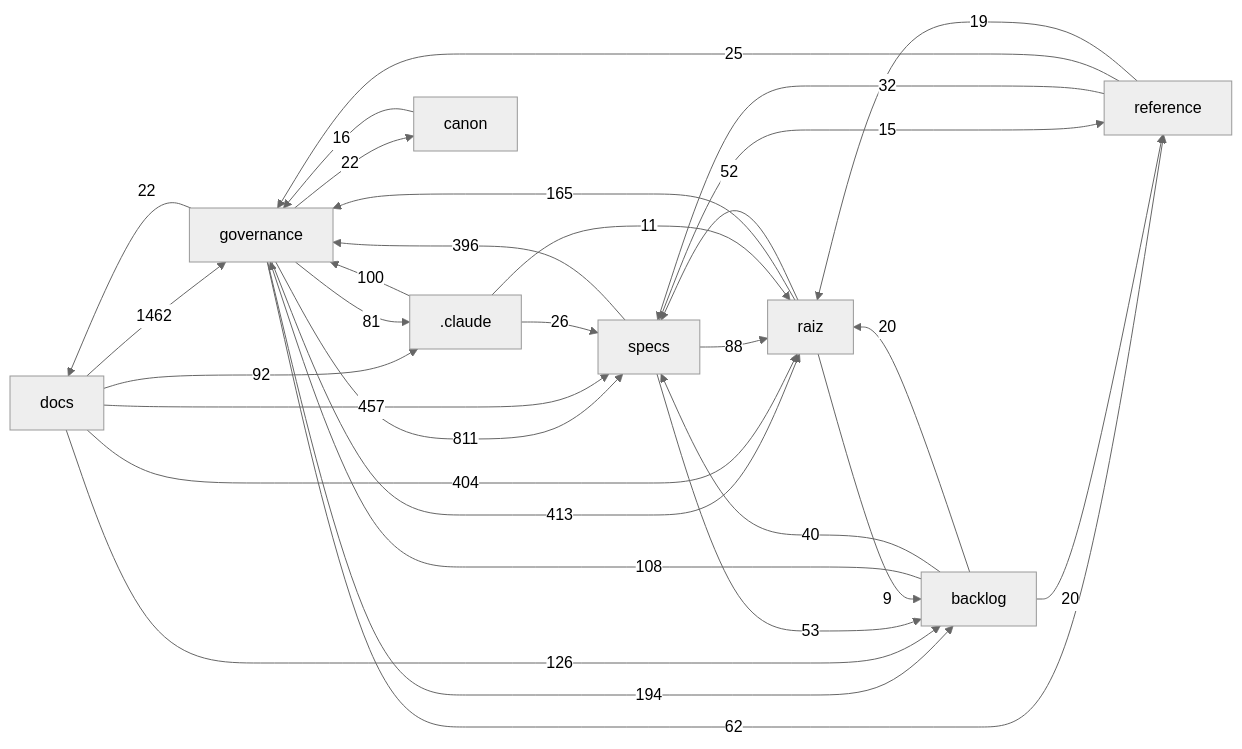
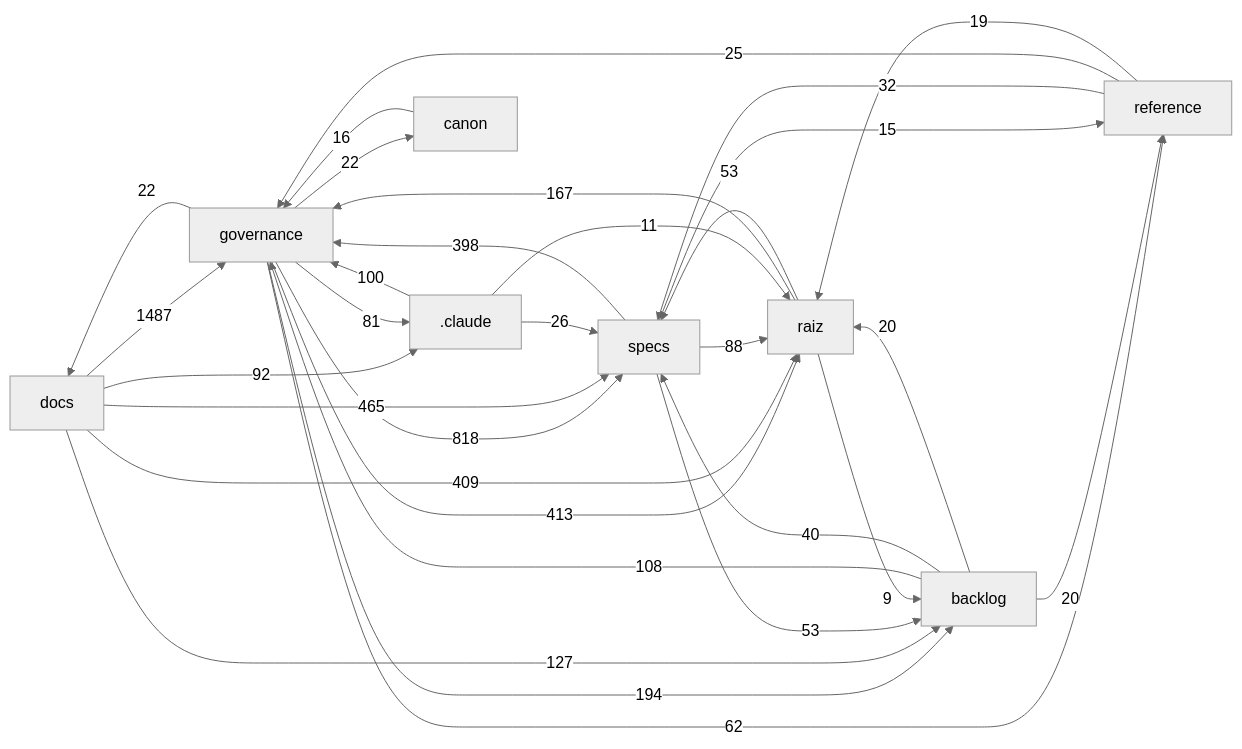
Before and after one commit to Andraus35/Sistema-Operacional-de-Trading--SOT: the diagram in docs/mapa/MAPA-PROJETO.md, drawn with Mermaid (neutral theme). The commit also changed other lines of this file and 8 other files, not shown here.

````diff
--- a/docs/mapa/MAPA-PROJETO.md
+++ b/docs/mapa/MAPA-PROJETO.md
@@ -29,33 +29,33 @@
 ```mermaid
 flowchart LR
-  docs["docs"] -->|1462| governance["governance"]
-  governance["governance"] -->|811| specs["specs"]
-  docs["docs"] -->|457| specs["specs"]
+  docs["docs"] -->|1487| governance["governance"]
+  governance["governance"] -->|818| specs["specs"]
+  docs["docs"] -->|465| specs["specs"]
   governance["governance"] -->|413| raiz["raiz"]
-  docs["docs"] -->|404| raiz["raiz"]
-  specs["specs"] -->|396| governance["governance"]
+  docs["docs"] -->|409| raiz["raiz"]
+  specs["specs"] -->|398| governance["governance"]
   governance["governance"] -->|194| backlog["backlog"]
-  raiz["raiz"] -->|165| governance["governance"]
-  docs["docs"] -->|126| backlog["backlog"]
+  raiz["raiz"] -->|167| governance["governance"]
+  docs["docs"] -->|127| backlog["backlog"]
   backlog["backlog"] -->|108| governance["governance"]
   _claude[".claude"] -->|100| governance["governance"]
   docs["docs"] -->|92| _claude[".claude"]
   specs["specs"] -->|88| raiz["raiz"]
   governance["governance"] -->|81| _claude[".claude"]
   governance["governance"] -->|62| reference["reference"]
+  raiz["raiz"] -->|53| specs["specs"]
   specs["specs"] -->|53| backlog["backlog"]
-  raiz["raiz"] -->|52| specs["specs"]
   backlog["backlog"] -->|40| specs["specs"]
   reference["reference"] -->|32| specs["specs"]
   _claude[".claude"] -->|26| specs["specs"]
   reference["reference"] -->|25| governance["governance"]
   governance["governance"] -->|22| docs["docs"]
   governance["governance"] -->|22| canon["canon"]
   backlog["backlog"] -->|20| raiz["raiz"]
   backlog["backlog"] -->|20| reference["reference"]
   reference["reference"] -->|19| raiz["raiz"]
   canon["canon"] -->|16| governance["governance"]
   specs["specs"] -->|15| reference["reference"]
   _claude[".claude"] -->|11| raiz["raiz"]
   raiz["raiz"] -->|9| backlog["backlog"]
 ```
````
